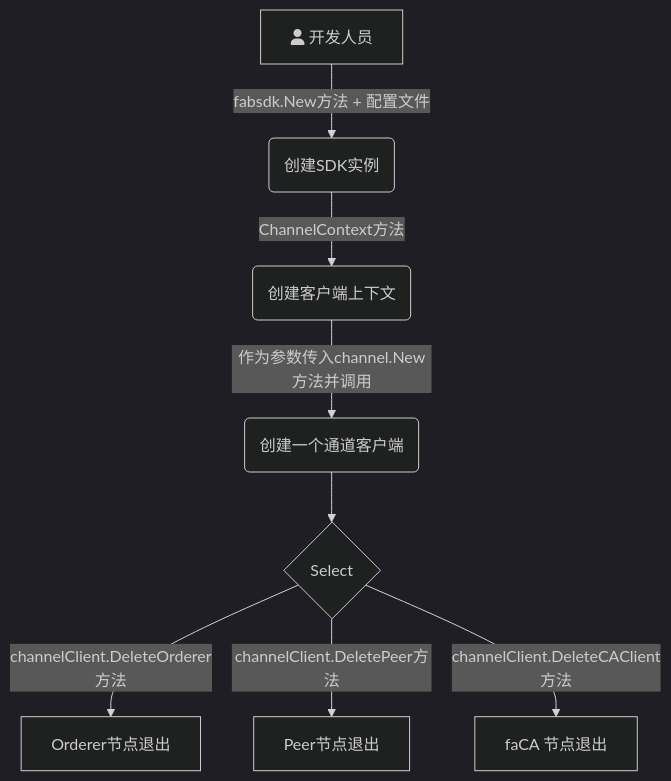
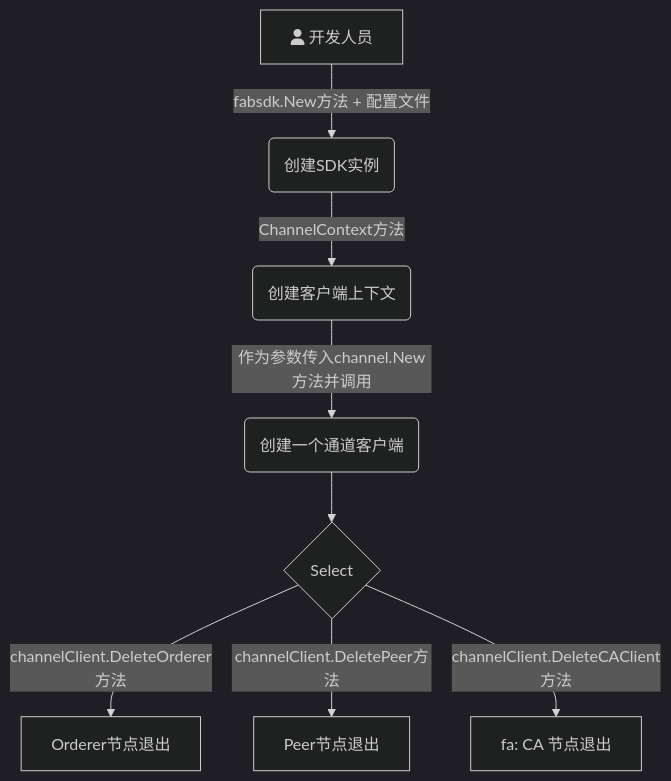
One commit to Utekichan/iodraw-files changed the diagram in all/未命名.md. Above: the diagram before and after it, drawn with Mermaid (dark theme).

Commit message:
2024-03-30 22:24:38 update

````diff
--- a/all/未命名.md
+++ b/all/未命名.md
@@ -1,11 +1,11 @@
 ```mermaid
 graph TD
     A[fa:fa-user 开发人员] -->|fabsdk.New方法 + 配置文件| B(创建SDK实例)
     B-->|ChannelContext方法| C(创建客户端上下文)
     C-->|作为参数传入channel.New方法并调用| D(创建一个通道客户端)
     D --> E{Select}
     E -->|channelClient.DeleteOrderer方法| F[Orderer节点退出]
     E -->|channelClient.DeletePeer方法| G[Peer节点退出]
-    E -->|channelClient.DeleteCAClient方法| H[faCA 节点退出]
+    E -->|channelClient.DeleteCAClient方法| H[fa: CA 节点退出]
   
 ```
````
